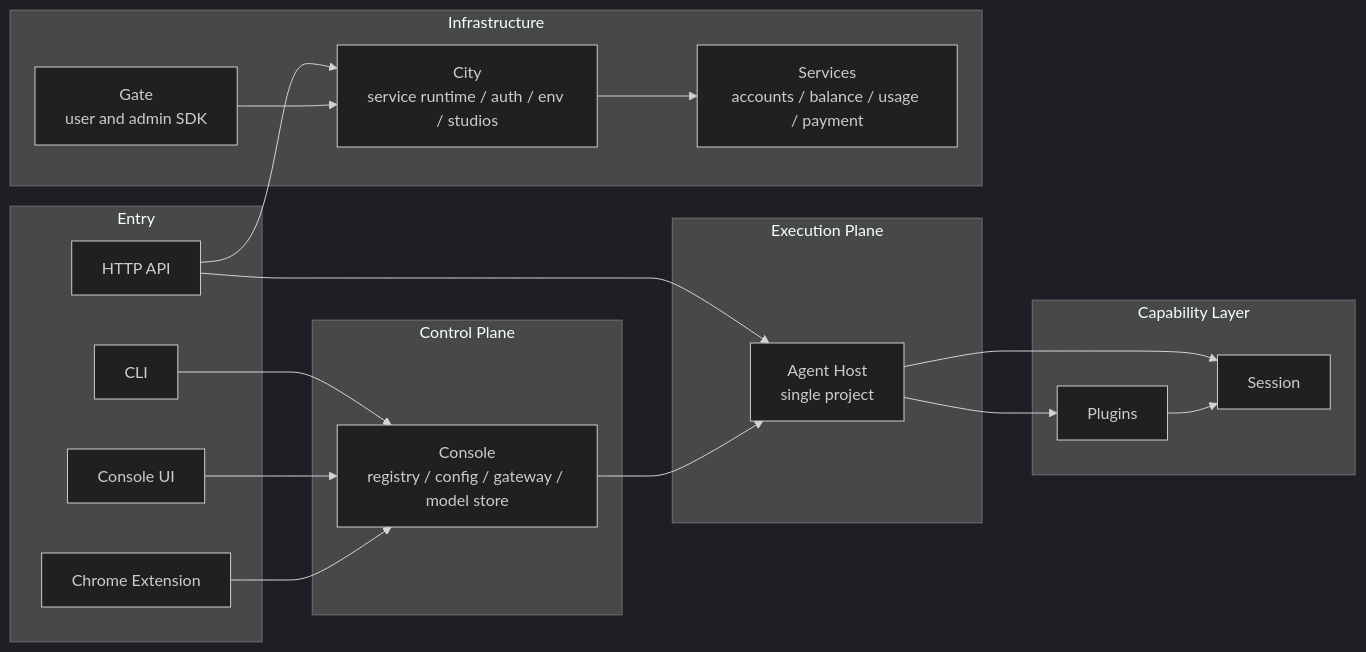
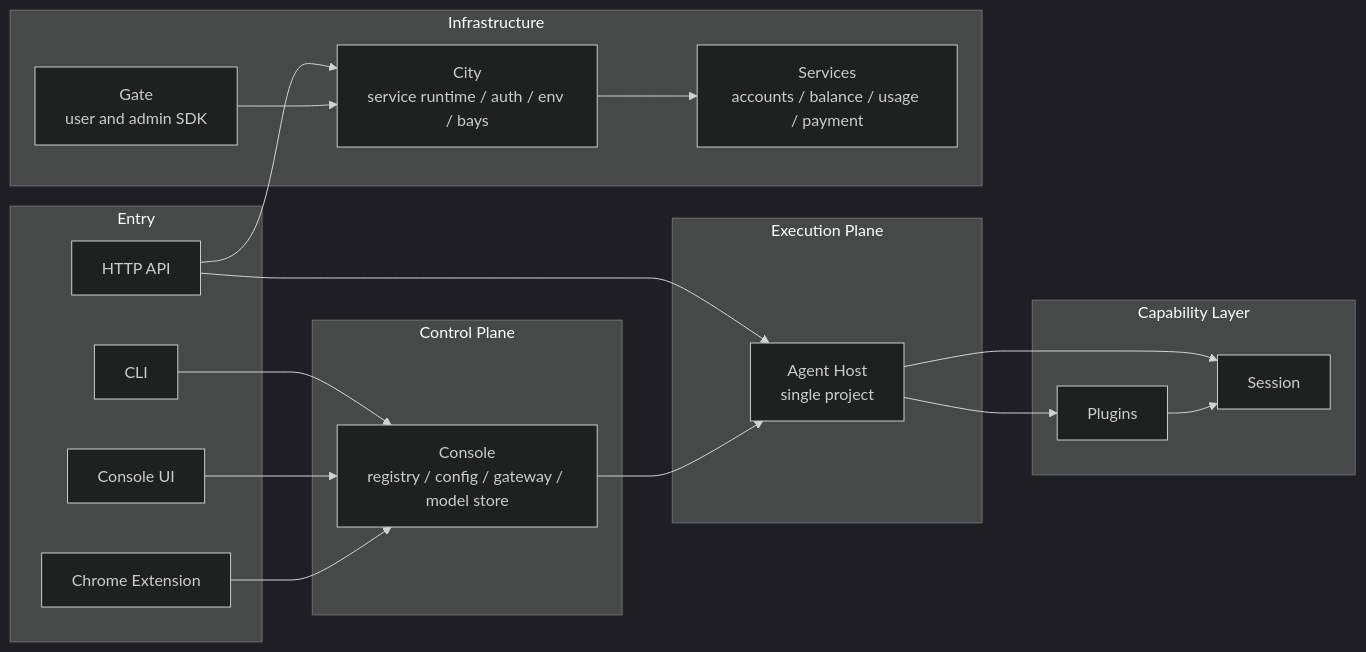
The first of 3 diagrams in homepage/content/devdocs/en/architecture/system-logic.mdx (wangenius/downcity), drawn with Mermaid (dark theme) before and after one commit. The commit also changed other lines of this file and 299 other files, not shown here.

````diff
--- a/homepage/content/devdocs/en/architecture/system-logic.mdx
+++ b/homepage/content/devdocs/en/architecture/system-logic.mdx
@@ -21,40 +21,40 @@
 ```mermaid
 flowchart LR
   subgraph Entry["Entry"]
     CLI["CLI"]
     UI["Console UI"]
     EXT["Chrome Extension"]
     API["HTTP API"]
   end
 
   subgraph Control["Control Plane"]
     CONSOLE["Console<br/>registry / config / gateway / model store"]
   end
 
   subgraph Runtime["Execution Plane"]
     AGENT["Agent Host<br/>single project"]
   end
 
   subgraph Capability["Capability Layer"]
     SESSION["Session"]
     PLUGINS["Plugins"]
   end
 
   subgraph Infra["Infrastructure"]
-    INFRA["City<br/>service runtime / auth / env / studios"]
+    INFRA["City<br/>service runtime / auth / env / bays"]
     SERVICES["Services<br/>accounts / balance / usage / payment"]
     CONDUIT["Gate<br/>user and admin SDK"]
   end
 
   CLI --> CONSOLE
   UI --> CONSOLE
   EXT --> CONSOLE
   API --> AGENT
   CONSOLE --> AGENT
   AGENT --> SESSION
   AGENT --> PLUGINS
   PLUGINS --> SESSION
   API --> INFRA
   CONDUIT --> INFRA
   INFRA --> SERVICES
 ```
````
